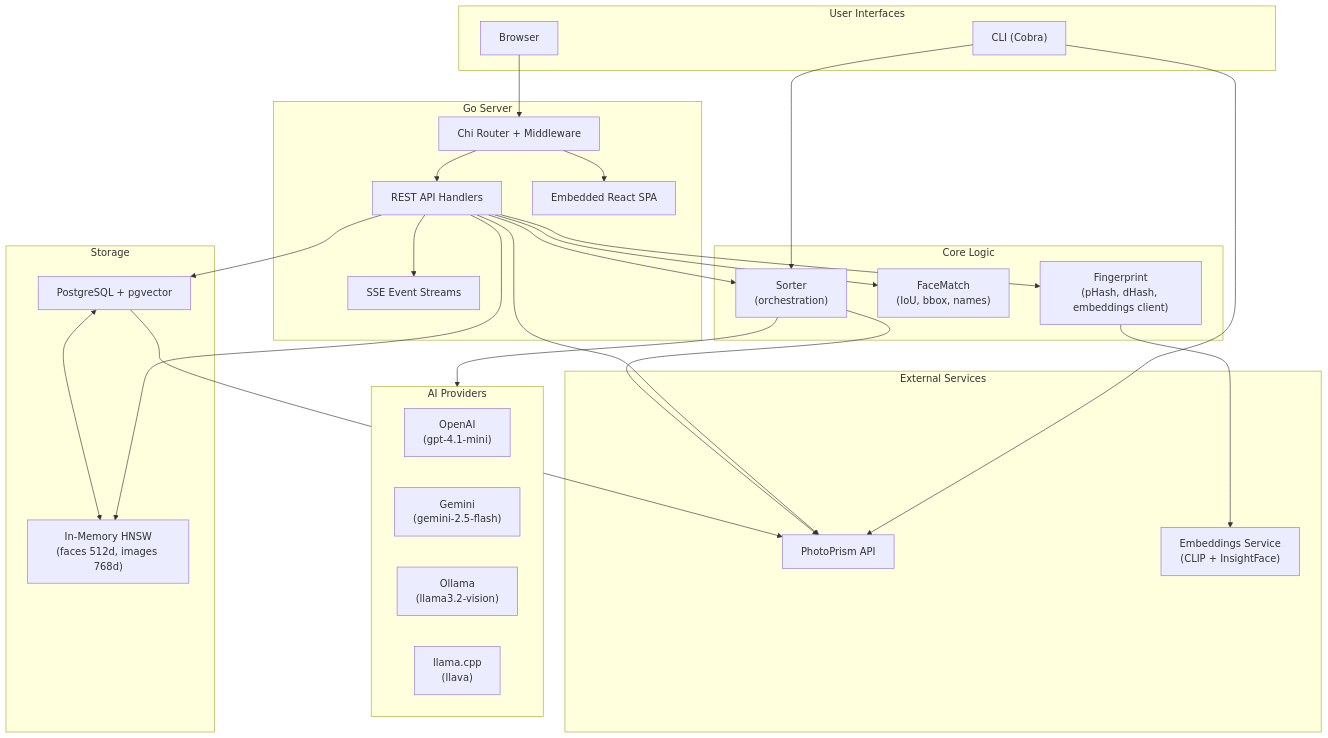
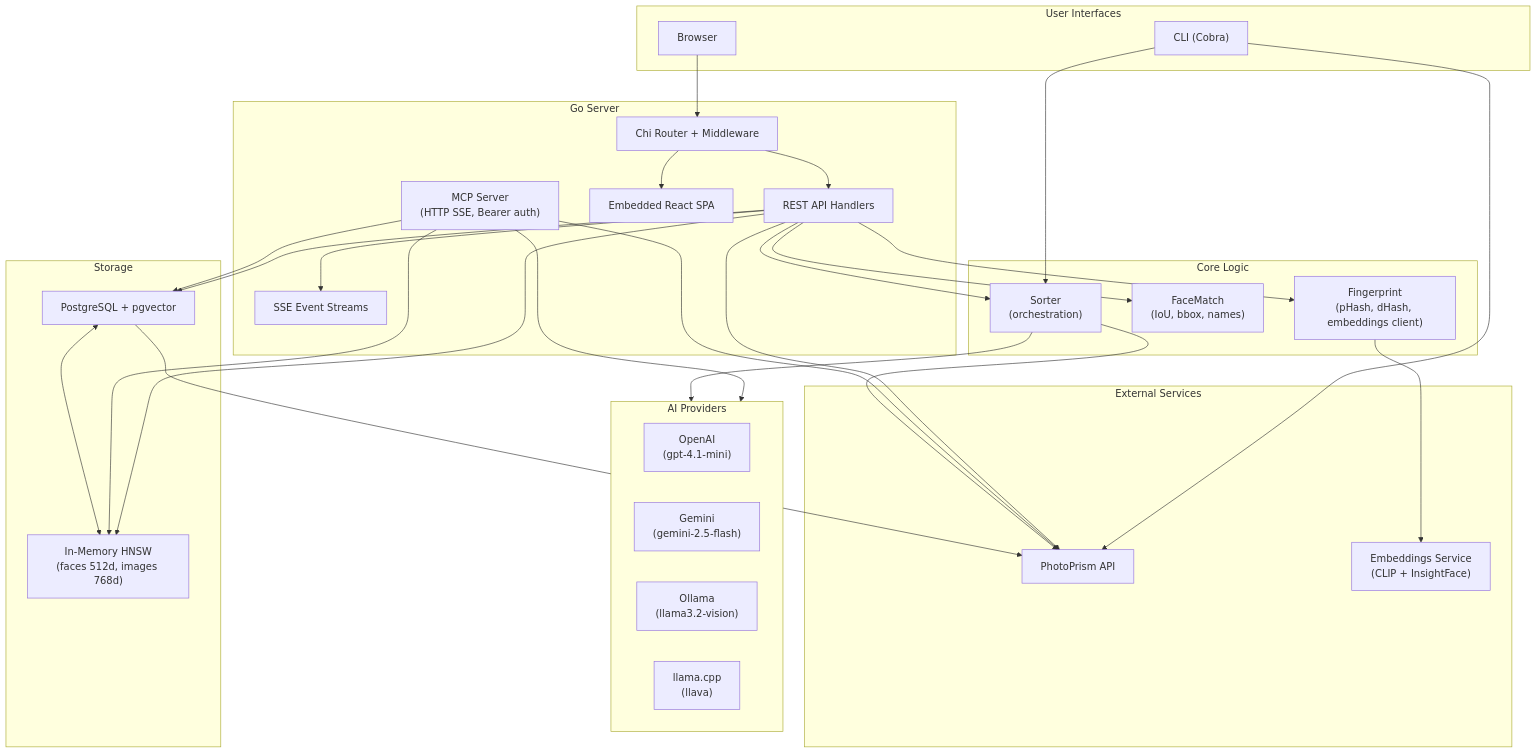
One commit to kozaktomas/photo-sorter changed the diagram in docs/architecture.md. Above: the diagram before and after it, drawn with Mermaid. The commit also changed other lines of this file and 6 other files, not shown here.

````diff
--- a/docs/architecture.md
+++ b/docs/architecture.md
@@ -9,60 +9,66 @@
 ```mermaid
 flowchart TB
     subgraph User["User Interfaces"]
         CLI["CLI (Cobra)"]
         Browser["Browser"]
     end
 
     subgraph Server["Go Server"]
         Router["Chi Router + Middleware"]
         Handlers["REST API Handlers"]
         SSE["SSE Event Streams"]
         SPA["Embedded React SPA"]
+        MCP["MCP Server\n(HTTP SSE, Bearer auth)"]
     end
 
     subgraph Core["Core Logic"]
         Sorter["Sorter\n(orchestration)"]
         FaceMatch["FaceMatch\n(IoU, bbox, names)"]
         Fingerprint["Fingerprint\n(pHash, dHash, embeddings client)"]
     end
 
     subgraph AI["AI Providers"]
         OpenAI["OpenAI\n(gpt-4.1-mini)"]
         Gemini["Gemini\n(gemini-2.5-flash)"]
         Ollama["Ollama\n(llama3.2-vision)"]
         LlamaCpp["llama.cpp\n(llava)"]
     end
 
     subgraph Storage["Storage"]
         PG["PostgreSQL + pgvector"]
         HNSW["In-Memory HNSW\n(faces 512d, images 768d)"]
     end
 
     subgraph External["External Services"]
         PhotoPrism["PhotoPrism API"]
         EmbSvc["Embeddings Service\n(CLIP + InsightFace)"]
     end
 
     CLI --> Sorter
     CLI --> PhotoPrism
 
     Browser --> Router
     Router --> SPA
     Router --> Handlers
     Handlers --> SSE
 
     Handlers --> Sorter
     Handlers --> FaceMatch
     Handlers --> Fingerprint
     Handlers --> PhotoPrism
     Handlers --> PG
     Handlers --> HNSW
 
+    MCP --> PG
+    MCP --> HNSW
+    MCP --> PhotoPrism
+    MCP --> AI
+
     Sorter --> AI
     Sorter --> PhotoPrism
 
     Fingerprint --> EmbSvc
 
     PG <--> HNSW
     PG --> PhotoPrism
 ```
````
